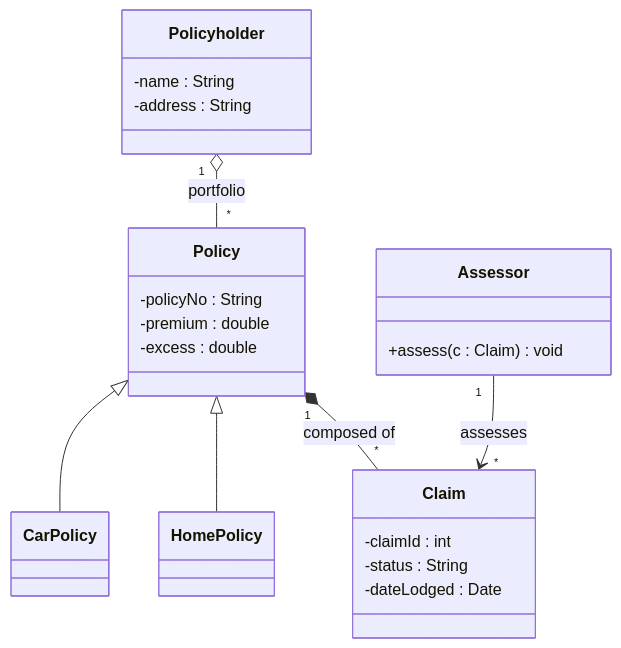
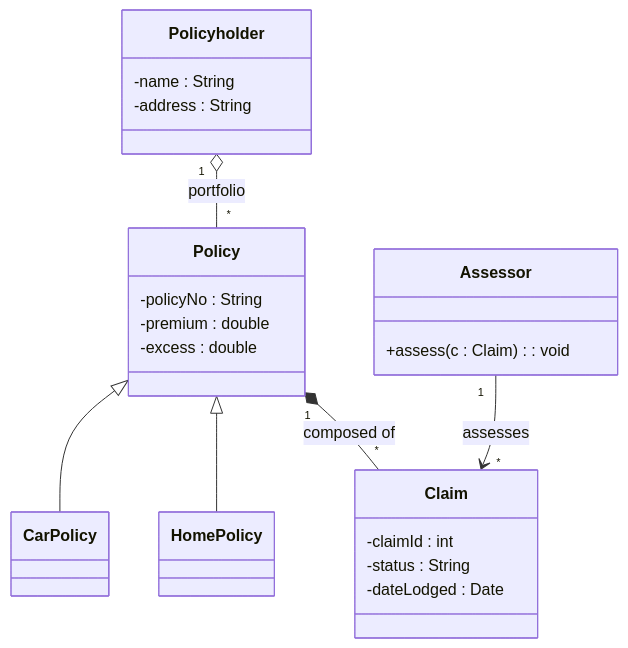
One commit to Beh69/Software-dev-lectures changed the third of 5 diagrams in EXAM-DIAGRAMS-AND-DESCRIPTIONS.md. Above: the diagram before and after it, drawn with Mermaid. The commit also changed other lines of this file and 3 other files, not shown here.

Commit message:
Correct exam guide diagrams, citations, and practice answers

````diff
--- a/EXAM-DIAGRAMS-AND-DESCRIPTIONS.md
+++ b/EXAM-DIAGRAMS-AND-DESCRIPTIONS.md
@@ -233,28 +262,28 @@
 ```mermaid
 classDiagram
     class Policyholder {
         -name : String
         -address : String
     }
     class Policy {
         -policyNo : String
         -premium : double
         -excess : double
     }
     class CarPolicy
     class HomePolicy
     class Claim {
         -claimId : int
         -status : String
         -dateLodged : Date
     }
     class Assessor {
-        +assess(c : Claim) void
+        +assess(c : Claim): void
     }
 
     Policyholder "1" o-- "*" Policy : portfolio
     Policy <|-- CarPolicy
     Policy <|-- HomePolicy
     Policy "1" *-- "*" Claim : composed of
     Assessor "1" --> "*" Claim : assesses
 ```
````
